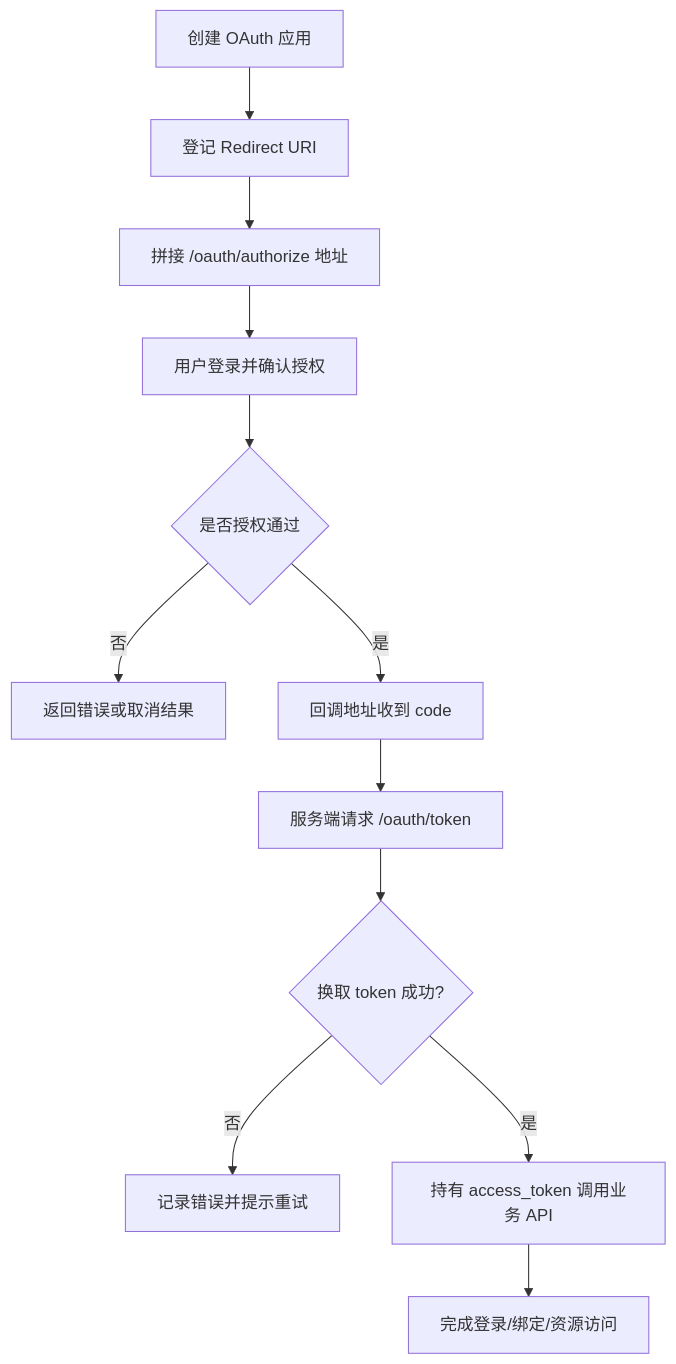
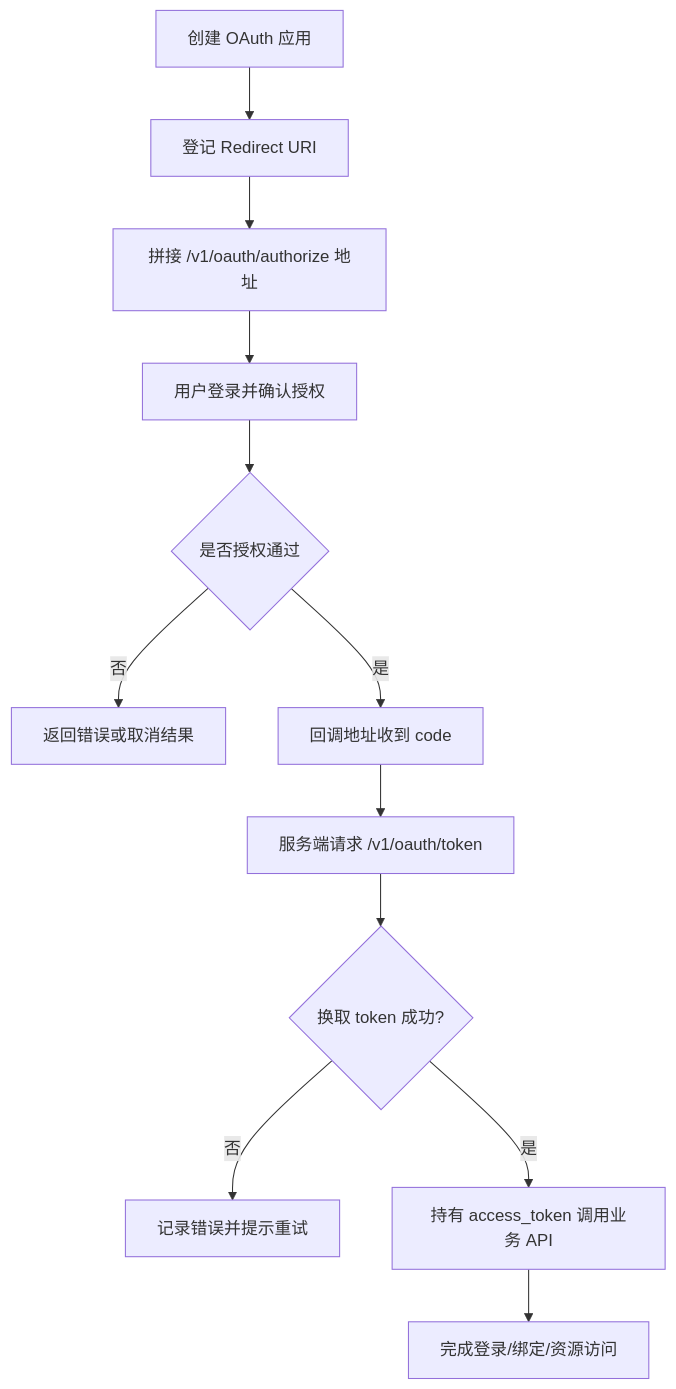
One commit to quyansiyuanwang/Quyan-AppServer changed the second of 2 diagrams in apps/docs-site/src/content/zh-CN/oauth-demo.md. Above: the diagram before and after it, drawn with Mermaid. The commit also changed other lines of this file and 13 other files, not shown here.

````diff
--- a/apps/docs-site/src/content/zh-CN/oauth-demo.md
+++ b/apps/docs-site/src/content/zh-CN/oauth-demo.md
@@ -49,14 +49,14 @@
 ```mermaid
 flowchart TD
     A[创建 OAuth 应用] --> B[登记 Redirect URI]
-    B --> C[拼接 /oauth/authorize 地址]
+    B --> C[拼接 /v1/oauth/authorize 地址]
     C --> D[用户登录并确认授权]
     D --> E{是否授权通过}
     E -- 否 --> F[返回错误或取消结果]
     E -- 是 --> G[回调地址收到 code]
-    G --> H[服务端请求 /oauth/token]
+    G --> H[服务端请求 /v1/oauth/token]
     H --> I{换取 token 成功?}
     I -- 否 --> J[记录错误并提示重试]
     I -- 是 --> K[持有 access_token 调用业务 API]
     K --> L[完成登录/绑定/资源访问]
 ```
````
